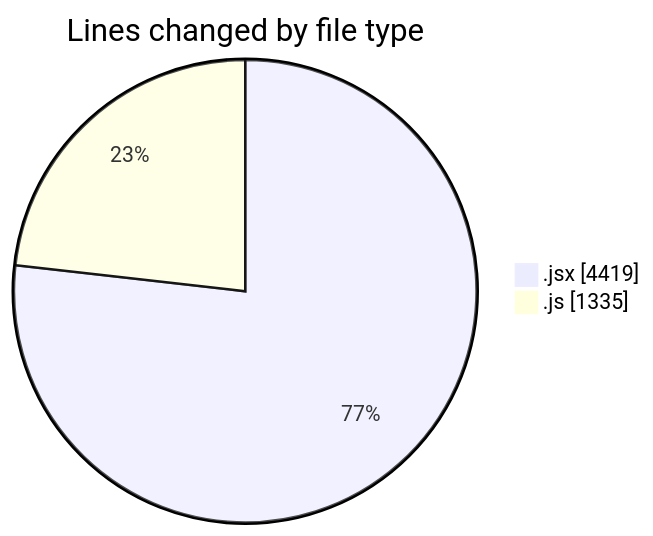
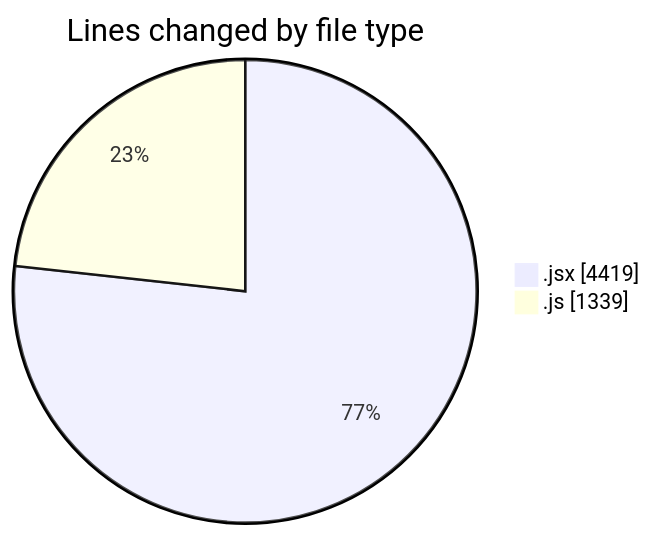
One commit to nxtqubesakshisongat/code-tracking changed the first of 2 diagrams in 2025-08-03/nxtqube_webapp/README.md. Above: the diagram before and after it, drawn with Mermaid. The commit also changed other lines of this file and 1 other file, not shown here.

````diff
--- a/2025-08-03/nxtqube_webapp/README.md
+++ b/2025-08-03/nxtqube_webapp/README.md
@@ -31,6 +31,6 @@
 ```mermaid
 pie showData
 title Lines changed by file type
 ".jsx" : 4419
-".js" : 1335
+".js" : 1339
 ```
````
